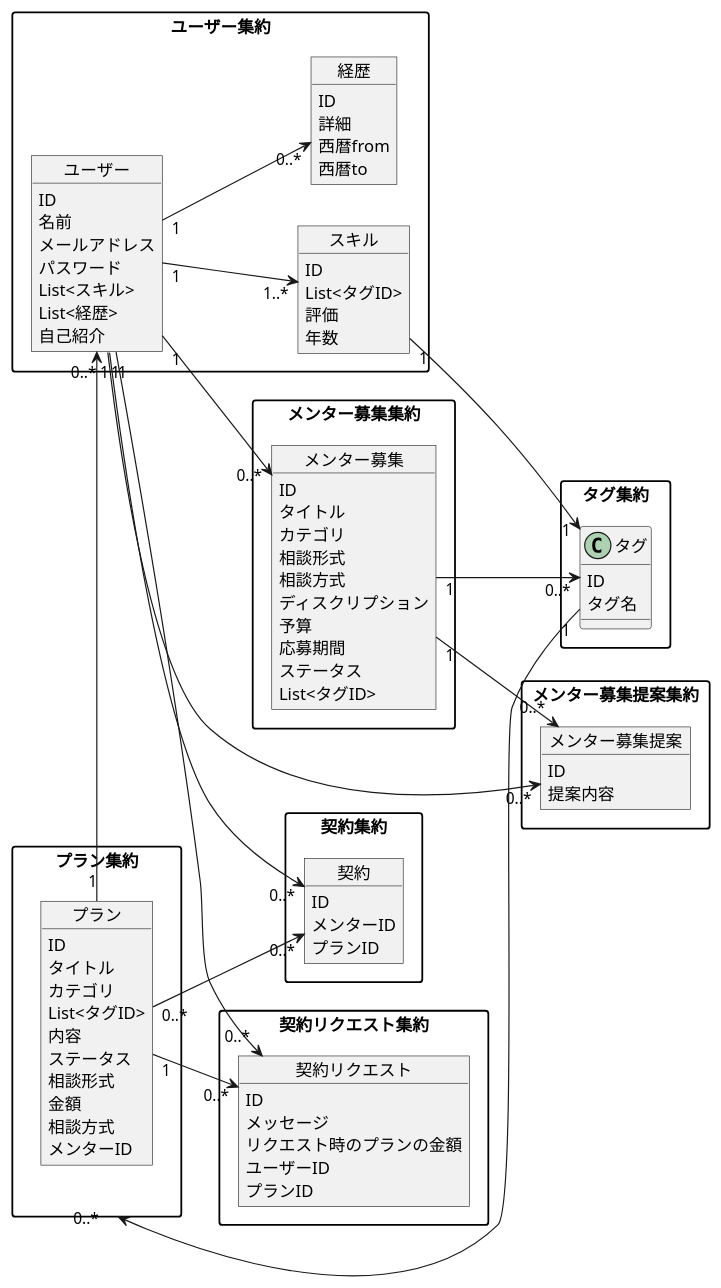
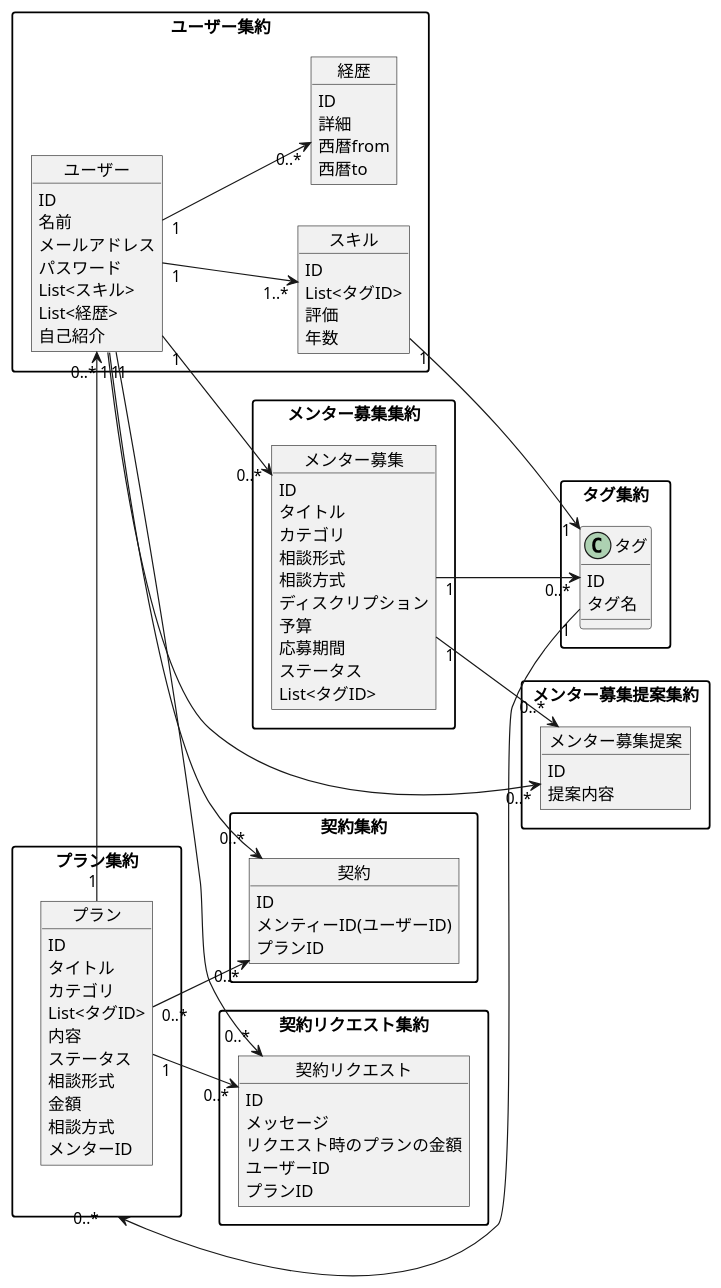
One commit to TakayukiHirano117/architecture-study changed the diagram in menta.pu. Above: the diagram before and after it, drawn with PlantUML.

Commit message:
[Update]ドメインモデル図の改修

```diff
--- a/menta.pu
+++ b/menta.pu
@@ -1,133 +1,133 @@
 @startuml ユーザー集約
 skinparam packageStyle rectangle
 left to right direction
 
 package ユーザー集約 {
     object ユーザー {
         ID
         名前
         メールアドレス
         パスワード
         List<スキル>
         List<経歴>
         自己紹介
     }
 
     object スキル {
         ID
         List<タグID>
         評価
         年数
     }
 
     object 経歴 {
         ID
         詳細
         西暦from
         西暦to
     }
 
     ユーザー "1" --> "0..*" 経歴
     ユーザー "1" --> "1..*" スキル
 }
 
 スキル "1" --> "1" タグ集約.タグ
 
 package プラン集約 {
     object プラン {
         ID
         タイトル
         カテゴリ
         List<タグID>
         内容
         ステータス
         相談形式
         金額
         相談方式
         メンターID
     }
 
     object ユーザー {
 
     }
 }
 
 プラン "1" --> "0..*" ユーザー
 
 package メンター募集集約 {
     object メンター募集 {
         ID
         タイトル
         カテゴリ
         相談形式
         相談方式
         ディスクリプション
         予算
         応募期間
         ステータス
         List<タグID>
     }
 }
 
 ユーザー "1" --> "0..*" メンター募集
 メンター募集 "1" --> "0..*" タグ集約.タグ
 
 package メンター募集提案集約 {
     object メンター募集提案 {
         ID
         提案内容
     }
 
     object ユーザー {
 
     }
 
     object メンター募集 {
 
     }
 
 }
 ユーザー "1" --> "0..*" メンター募集提案
 メンター募集 "1" --> "0..*" メンター募集提案
 
 package 契約集約 {
     object 契約 {
         ID
-        メンターID
+        メンティーID(ユーザーID)
         プランID
     }
 
     object ユーザー {
 
     }
 
     object プラン {
 
     }
 }
 
 ユーザー "1" --> "0..*" 契約
 プラン "0..*" --> "0..*" 契約
 
 package タグ集約 {
     object タグ {
         ID
         タグ名
     }
     タグ "1" --> "0..*" プラン集約
 }
 
 package 契約リクエスト集約 {
     object 契約リクエスト {
         ID
         メッセージ
         リクエスト時のプランの金額
         ユーザーID
         プランID
     }
 
 }
 プラン "1" --> "0..*" 契約リクエスト
 ユーザー "1" --> "0..*" 契約リクエスト
 
 @enduml
```
